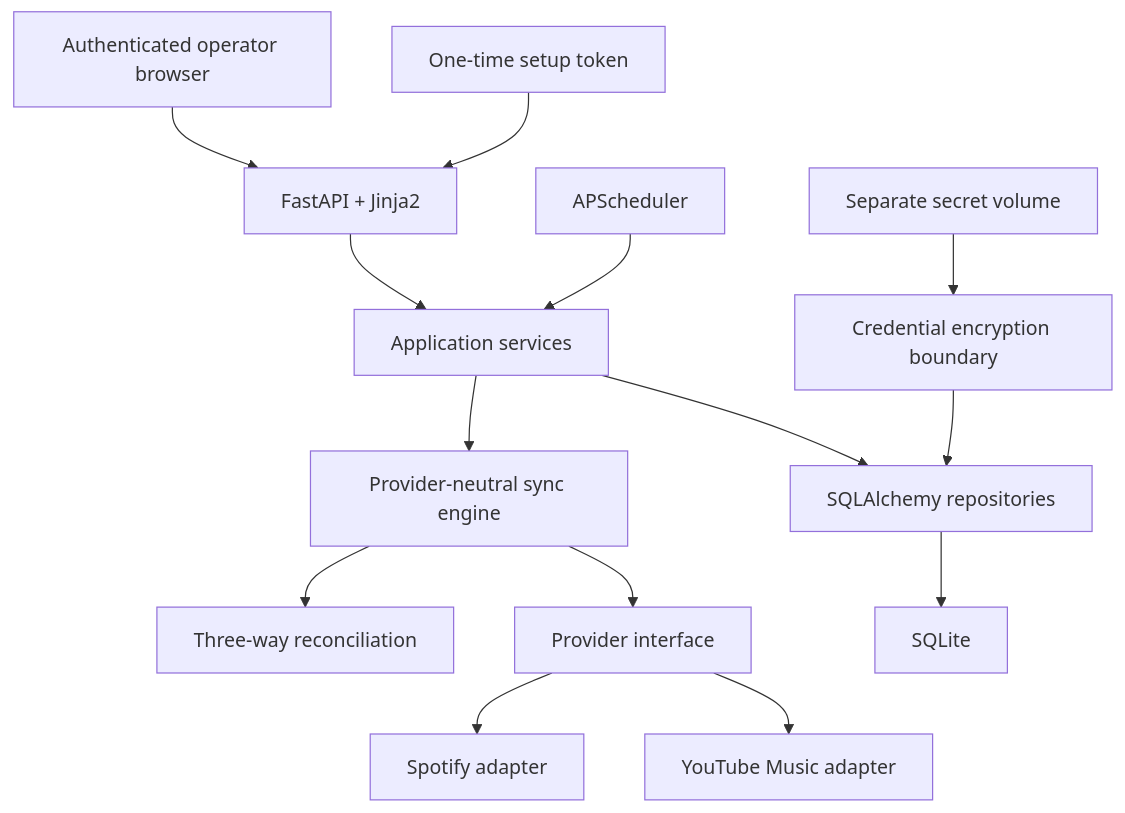
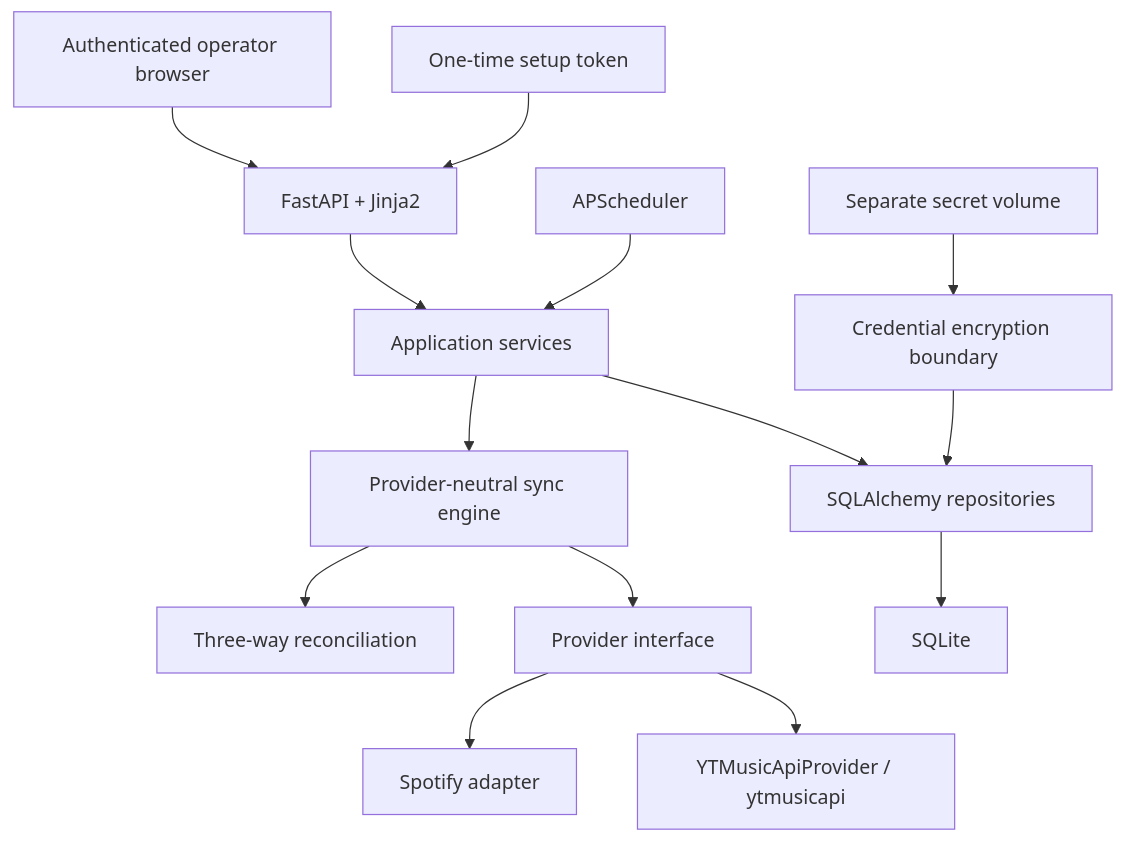
Before and after one commit to maus97/OpenPlaylistSync: the diagram in docs/architecture.md, drawn with Mermaid. The commit also changed other lines of this file and 7 other files, not shown here.

````diff
--- a/docs/architecture.md
+++ b/docs/architecture.md
@@ -39,16 +39,16 @@
 ```mermaid
 flowchart TD
     browser["Authenticated operator browser"] --> web["FastAPI + Jinja2"]
     bootstrap["One-time setup token"] --> web
     web --> app["Application services"]
     scheduler["APScheduler"] --> app
     app --> sync["Provider-neutral sync engine"]
     sync --> reconcile["Three-way reconciliation"]
     sync --> provider["Provider interface"]
     provider --> spotify["Spotify adapter"]
-    provider --> youtube["YouTube Music adapter"]
+    provider --> youtube["YTMusicApiProvider / ytmusicapi"]
     app --> storage["SQLAlchemy repositories"]
     storage --> sqlite["SQLite"]
     secrets["Separate secret volume"] --> credential["Credential encryption boundary"]
     credential --> storage
 ```
````
